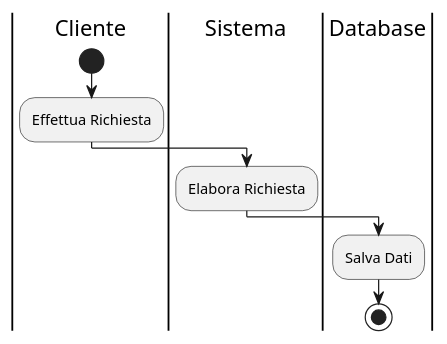
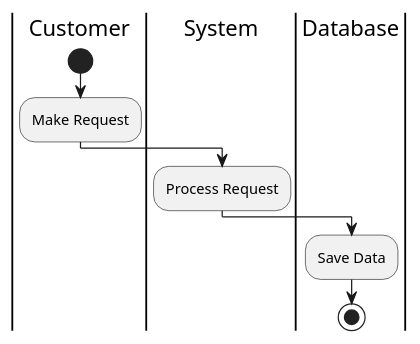
One commit to Seniorsimo/sas-template changed the fifth of 25 diagrams in 03-behavioral-diagrams/activity-diagrams/README.md. Above: the diagram before and after it, drawn with PlantUML. The commit also changed other lines of this file and 49 other files, not shown here.

````diff
--- a/03-behavioral-diagrams/activity-diagrams/README.md
+++ b/03-behavioral-diagrams/activity-diagrams/README.md
@@ -50,12 +50,12 @@
 ```plantuml
-|Cliente|
+|Customer|
 start
-:Effettua Richiesta;
+:Make Request;
 
-|Sistema|
-:Elabora Richiesta;
+|System|
+:Process Request;
 
 |Database|
-:Salva Dati;
+:Save Data;
 stop
 ```
````
